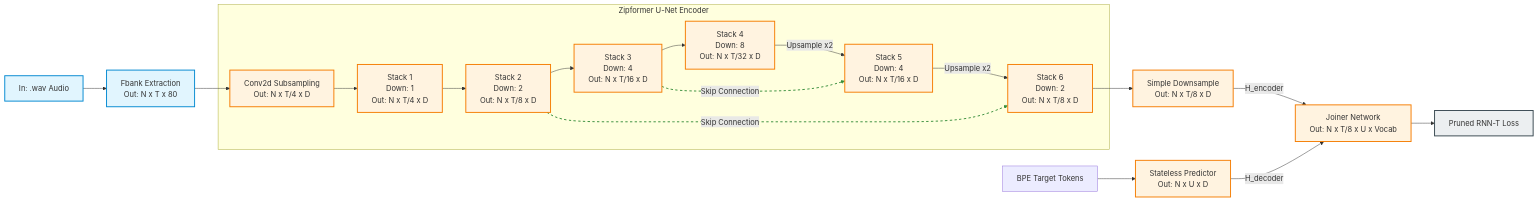
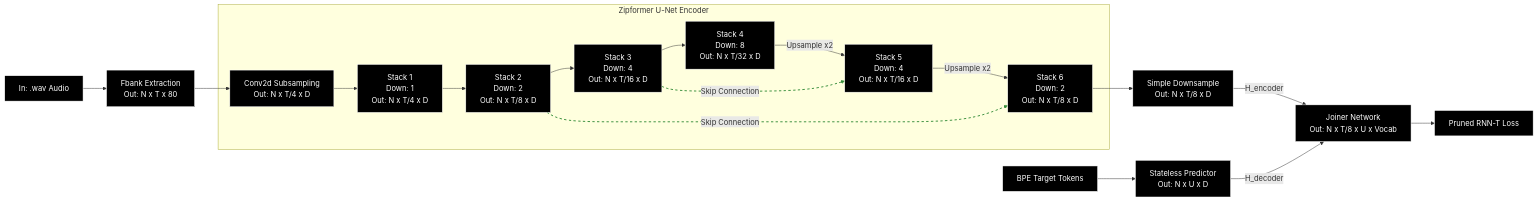
Before and after one commit to AnhNN04/AIP491-G5-zipformer-training: the first of 2 diagrams in docs/moe-zipformer-design.md, drawn with Mermaid. The commit also changed other lines of this file and 6 other files, not shown here.

Commit message:
docs: create docs for origional asr architect and detail implementation for POC demo system

````diff
--- a/docs/moe-zipformer-design.md
+++ b/docs/moe-zipformer-design.md
@@ -22,39 +22,40 @@
 ```mermaid
 flowchart LR
-    %% Định nghĩa các lớp phong cách cho Node
-    classDef inputStyle fill:#e1f5fe,stroke:#0288d1,stroke-width:2px;
-    classDef modelStyle fill:#fff3e0,stroke:#f57c00,stroke-width:2px;
-    classDef lossStyle fill:#eceff1,stroke:#37474f,stroke-width:2px;
+    %% Node style definitions
+    classDef default fill:#000000,stroke:#ffffff,stroke-width:1px,color:#ffffff;
+    classDef inputStyle fill:#000000,stroke:#ffffff,stroke-width:1px,color:#ffffff;
+    classDef modelStyle fill:#000000,stroke:#ffffff,stroke-width:1px,color:#ffffff;
+    classDef lossStyle fill:#000000,stroke:#ffffff,stroke-width:1px,color:#ffffff;
 
-    %% Đầu vào & Front-end
+    %% Input & Front-end
     Wav[In: .wav Audio]:::inputStyle --> Fbank[Fbank Extraction <br> Out: N x T x 80]:::inputStyle
     Fbank --> Sub[Conv2d Subsampling <br> Out: N x T/4 x D]:::modelStyle
 
     %% U-Net Encoder Stacks
     subgraph U_Net_Encoder [Zipformer U-Net Encoder]
         Sub --> S1[Stack 1 <br> Down: 1 <br> Out: N x T/4 x D]:::modelStyle
         S1 --> S2[Stack 2 <br> Down: 2 <br> Out: N x T/8 x D]:::modelStyle
         S2 --> S3[Stack 3 <br> Down: 4 <br> Out: N x T/16 x D]:::modelStyle
         S3 --> S4[Stack 4 <br> Down: 8 <br> Out: N x T/32 x D]:::modelStyle
         
-        %% Luồng nâng mẫu ngược lên
+        %% Upsampling Flow
         S4 -->|Upsample x2| S5[Stack 5 <br> Down: 4 <br> Out: N x T/16 x D]:::modelStyle
         S5 -->|Upsample x2| S6[Stack 6 <br> Down: 2 <br> Out: N x T/8 x D]:::modelStyle
         
-        %% Kết nối tắt Skip Connections (Đây là link thứ 8 và 9, đếm từ 0)
+        %% Skip Connections
         S3 -.->|Skip Connection| S5
         S2 -.->|Skip Connection| S6
     end
 
-    %% Downsample đầu ra & Giải mã
+    %% Output Downsampling & Decoding
     S6 --> FinalDown[Simple Downsample <br> Out: N x T/8 x D]:::modelStyle
     FinalDown -->|H_encoder| Joiner[Joiner Network <br> Out: N x T/8 x U x Vocab]:::modelStyle
     
     Tokens[BPE Target Tokens] --> Dec[Stateless Predictor <br> Out: N x U x D]:::modelStyle
     Dec -->|H_decoder| Joiner
     
     Joiner --> Loss[Pruned RNN-T Loss]:::lossStyle
 
-    %% Định nghĩa phong cách trực tiếp cho đường liên kết
+    %% Link styles
     linkStyle 8,9 stroke:#388e3c,stroke-width:2px,stroke-dasharray: 5 5;
 ```
````
